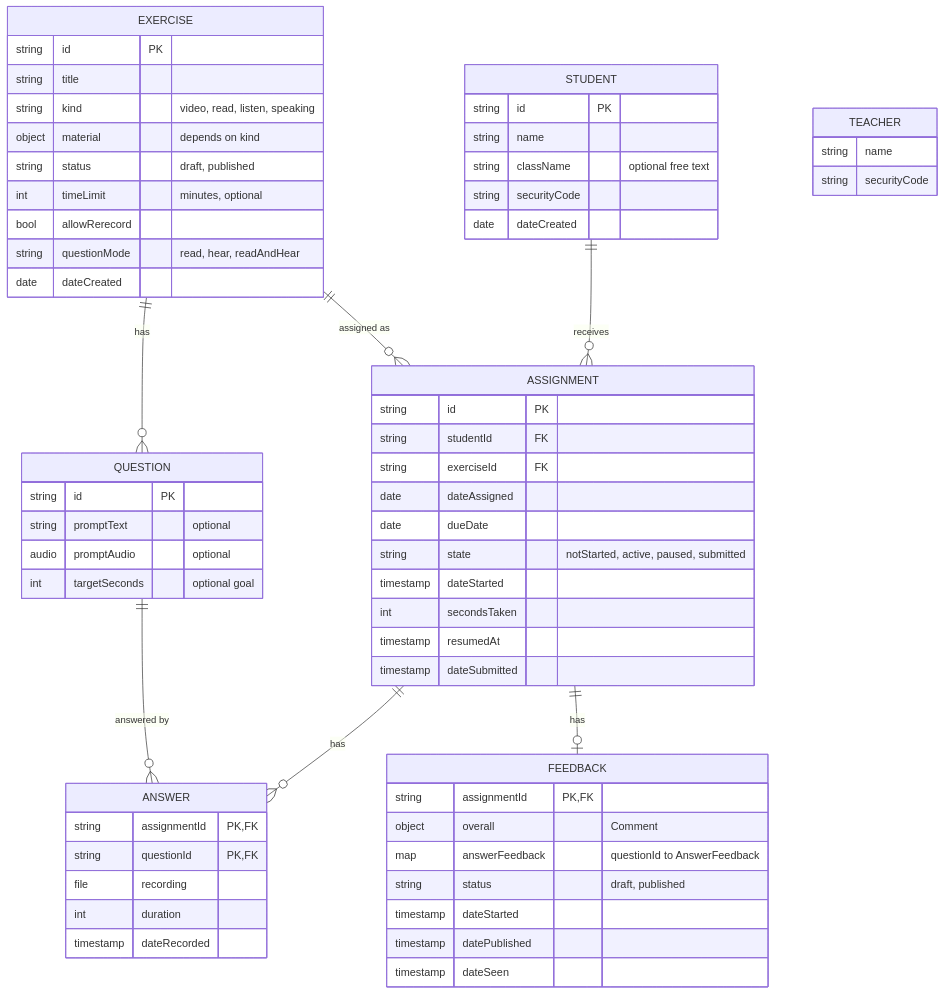
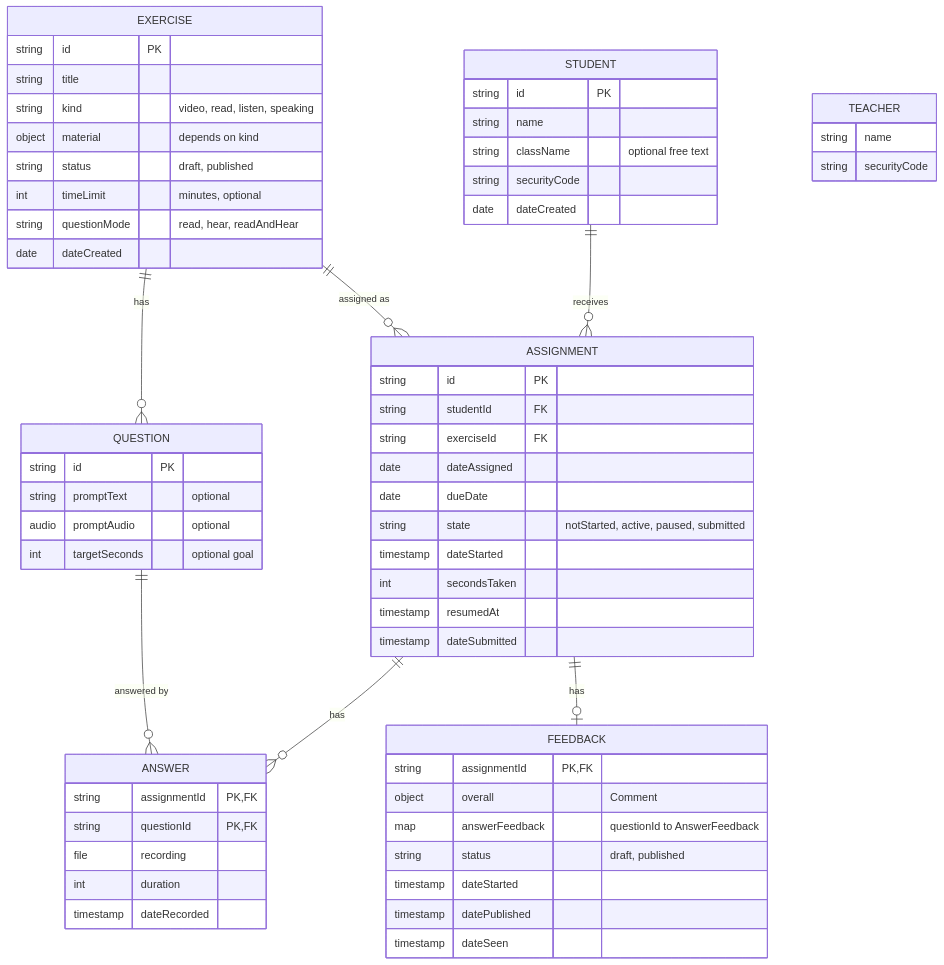
Before and after one commit to jmagaram/hamorahlimor-prototype: the diagram in docs/data-model.md, drawn with Mermaid. The commit also changed other lines of this file and 9 other files, not shown here.

````diff
--- a/docs/data-model.md
+++ b/docs/data-model.md
@@ -5,65 +5,64 @@
 ```mermaid
 erDiagram
   STUDENT ||--o{ ASSIGNMENT : receives
   EXERCISE ||--o{ ASSIGNMENT : "assigned as"
   EXERCISE ||--o{ QUESTION : has
   ASSIGNMENT ||--o{ ANSWER : has
   QUESTION ||--o{ ANSWER : "answered by"
   ASSIGNMENT ||--o| FEEDBACK : has
   TEACHER {
     string name
     string securityCode
   }
   STUDENT {
     string id PK
     string name
     string className "optional free text"
     string securityCode
     date dateCreated
   }
   EXERCISE {
     string id PK
     string title
     string kind "video, read, listen, speaking"
     object material "depends on kind"
     string status "draft, published"
     int timeLimit "minutes, optional"
-    bool allowRerecord
     string questionMode "read, hear, readAndHear"
     date dateCreated
   }
   QUESTION {
     string id PK
     string promptText "optional"
     audio promptAudio "optional"
     int targetSeconds "optional goal"
   }
   ASSIGNMENT {
     string id PK
     string studentId FK
     string exerciseId FK
     date dateAssigned
     date dueDate
     string state "notStarted, active, paused, submitted"
     timestamp dateStarted
     int secondsTaken
     timestamp resumedAt
     timestamp dateSubmitted
   }
   ANSWER {
     string assignmentId PK, FK
     string questionId PK, FK
     file recording
     int duration
     timestamp dateRecorded
   }
   FEEDBACK {
     string assignmentId PK, FK
     object overall "Comment"
     map answerFeedback "questionId to AnswerFeedback"
     string status "draft, published"
     timestamp dateStarted
     timestamp datePublished
     timestamp dateSeen
   }
 ```
````
